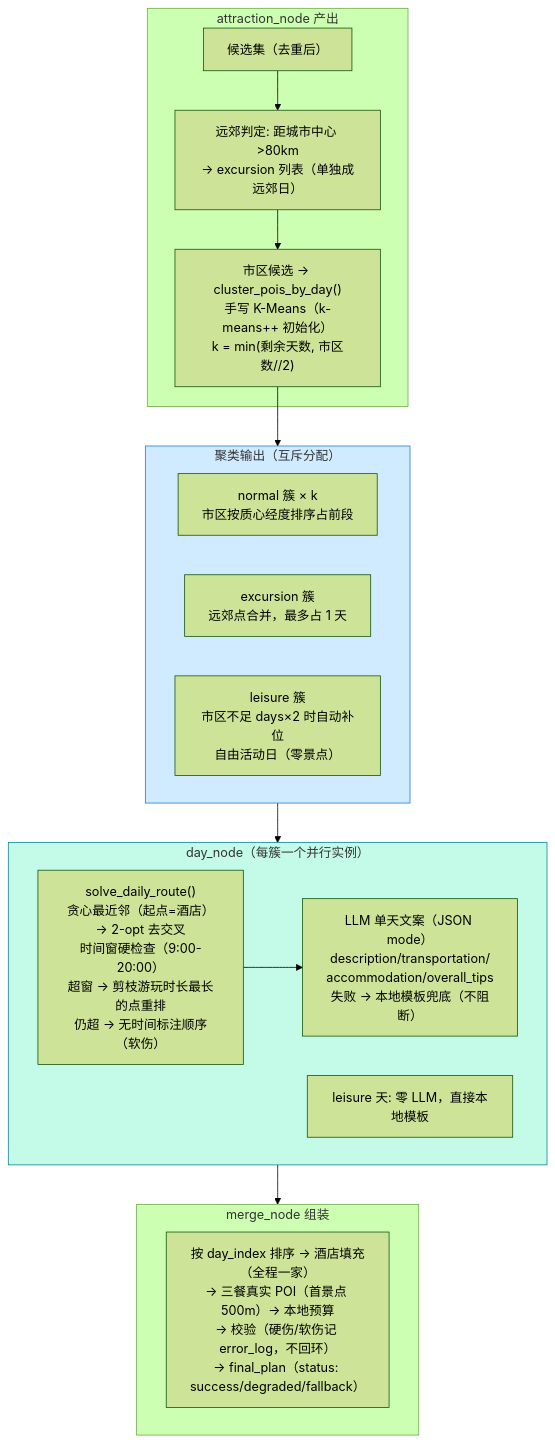
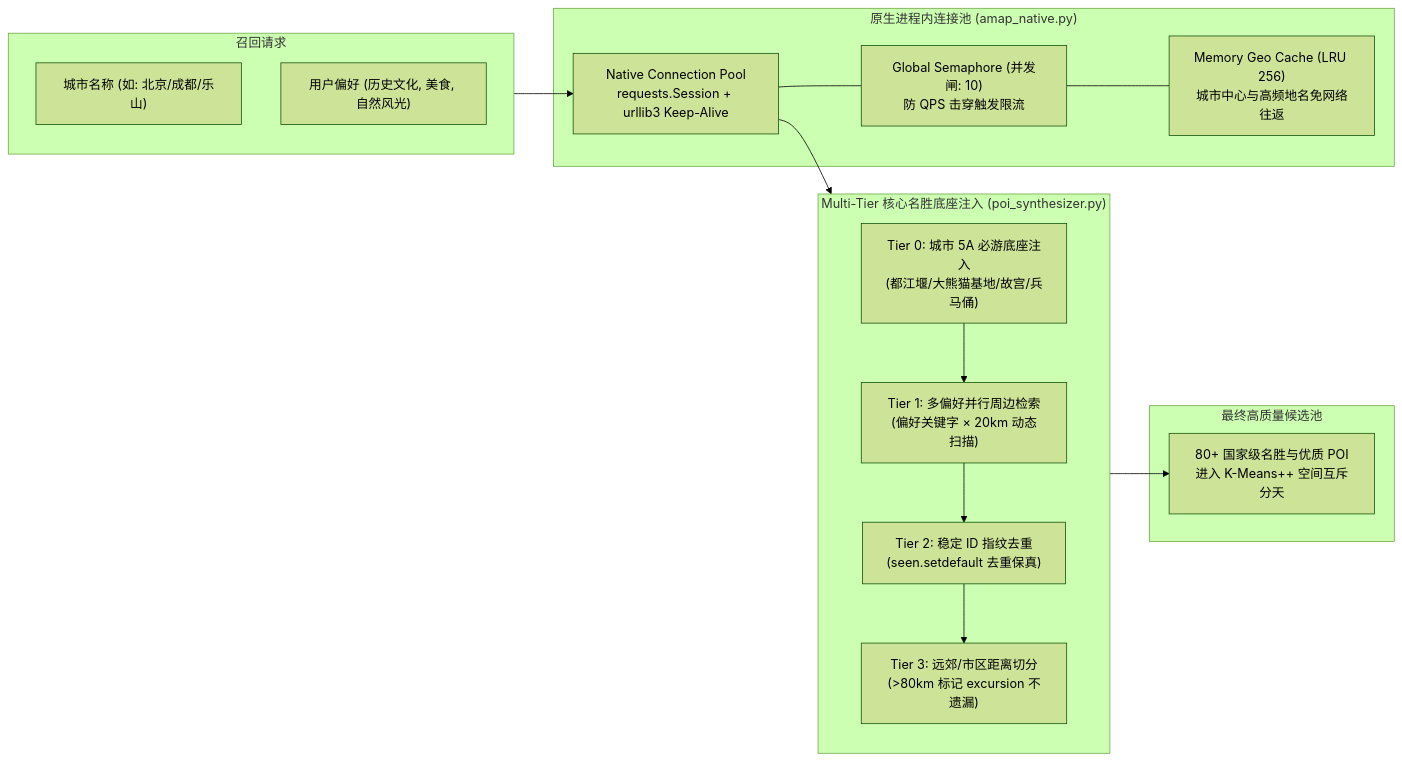
Before and after one commit to SuperGODOG/tripplanner: the third of 10 diagrams in ARCHITECTURE.md, drawn with Mermaid (forest theme). The commit also changed other lines of this file and 1 other file, not shown here.

Commit message:
docs: upgrade ARCHITECTURE.md to v4.0 Sovereign Matrix with full holographic Mermaid topologies

````diff
--- a/ARCHITECTURE.md
+++ b/ARCHITECTURE.md
@@ -220,34 +141,29 @@
 ```mermaid
-flowchart TB
-    subgraph Attr["attraction_node 产出"]
-        A1["候选集（去重后）"]
-        A2["远郊判定: 距城市中心 >80km<br/>→ excursion 列表（单独成远郊日）"]
-        A3["市区候选 → cluster_pois_by_day()<br/>手写 K-Means（k-means++ 初始化）<br/>k = min(剩余天数, 市区数//2)"]
-        A1 --> A2 --> A3
+flowchart LR
+    subgraph Request["召回请求"]
+        R1["城市名称 (如: 北京/成都/乐山)"]
+        R2["用户偏好 (历史文化, 美食, 自然风光)"]
     end
 
-    subgraph Cluster["聚类输出（互斥分配）"]
-        C1["normal 簇 × k<br/>市区按质心经度排序占前段"]
-        C2["excursion 簇<br/>远郊点合并，最多占 1 天"]
-        C3["leisure 簇<br/>市区不足 days×2 时自动补位<br/>自由活动日（零景点）"]
+    subgraph Pool["原生进程内连接池 (amap_native.py)"]
+        AP1["Native Connection Pool<br/>requests.Session + urllib3 Keep-Alive"]
+        AP2["Global Semaphore (并发闸: 10)<br/>防 QPS 击穿触发限流"]
+        AP3["Memory Geo Cache (LRU 256)<br/>城市中心与高频地名免网络往返"]
+        AP1 --- AP2 --- AP3
     end
 
-    subgraph Day["day_node（每簇一个并行实例）"]
-        D1["solve_daily_route()<br/>贪心最近邻（起点=酒店）→ 2-opt 去交叉<br/>时间窗硬检查（9:00-20:00）<br/>超窗 → 剪枝游玩时长最长的点重排<br/>仍超 → 无时间标注顺序（软伤）"]
-        D2["LLM 单天文案（JSON mode）<br/>description/transportation/<br/>accommodation/overall_tips<br/>失败 → 本地模板兜底（不阻断）"]
-        D3["leisure 天: 零 LLM，直接本地模板"]
-        D1 --> D2
-        D3
+    subgraph Synthesizer["Multi-Tier 核心名胜底座注入 (poi_synthesizer.py)"]
+        T1["Tier 0: 城市 5A 必游底座注入<br/>(都江堰/大熊猫基地/故宫/兵马俑)"]
+        T2["Tier 1: 多偏好并行周边检索<br/>(偏好关键字 × 20km 动态扫描)"]
+        T3["Tier 2: 稳定 ID 指纹去重<br/>(seen.setdefault 去重保真)"]
+        T4["Tier 3: 远郊/市区距离切分<br/>(>80km 标记 excursion 不遗漏)"]
+        T1 --> T2 --> T3 --> T4
     end
 
-    subgraph Merge2["merge_node 组装"]
-        M1["按 day_index 排序 → 酒店填充（全程一家）<br/>→ 三餐真实 POI（首景点 500m）→ 本地预算<br/>→ 校验（硬伤/软伤记 error_log，不回环）<br/>→ final_plan（status: success/degraded/fallback）"]
+    subgraph Output["最终高质量候选池"]
+        OUT["80+ 国家级名胜与优质 POI<br/>进入 K-Means++ 空间互斥分天"]
     end
 
-    A3 --> Cluster
-    Cluster --> Day
-    Day --> Merge2
-
-    style Cluster fill:#d0ebff,stroke:#1c7ed6
-    style Day fill:#c3fae8,stroke:#0c8599
+    Request --> AP1
+    AP1 --> Synthesizer --> OUT
 ```
````
